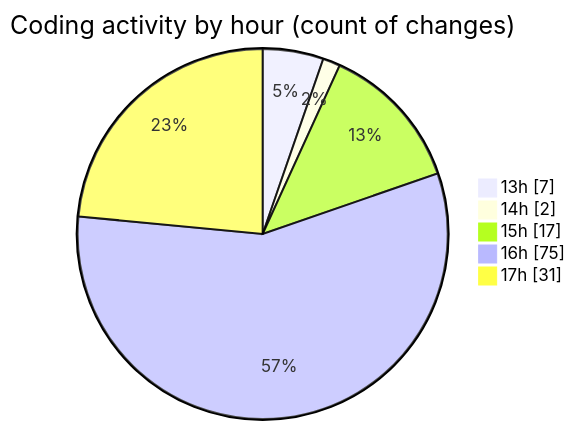
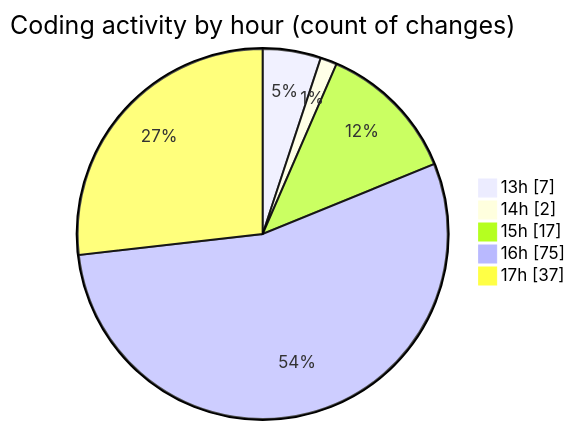
One commit to charlie-sans/code-tracking changed the second of 2 diagrams in 2025-02-24/micros/README.md. Above: the diagram before and after it, drawn with Mermaid. The commit also changed other lines of this file and 1 other file, not shown here.

````diff
--- a/2025-02-24/micros/README.md
+++ b/2025-02-24/micros/README.md
@@ -47,9 +48,9 @@
 ```mermaid
 pie showData
 title Coding activity by hour (count of changes)
 "13h" : 7
 "14h" : 2
 "15h" : 17
 "16h" : 75
-"17h" : 31
+"17h" : 37
 ```
````
